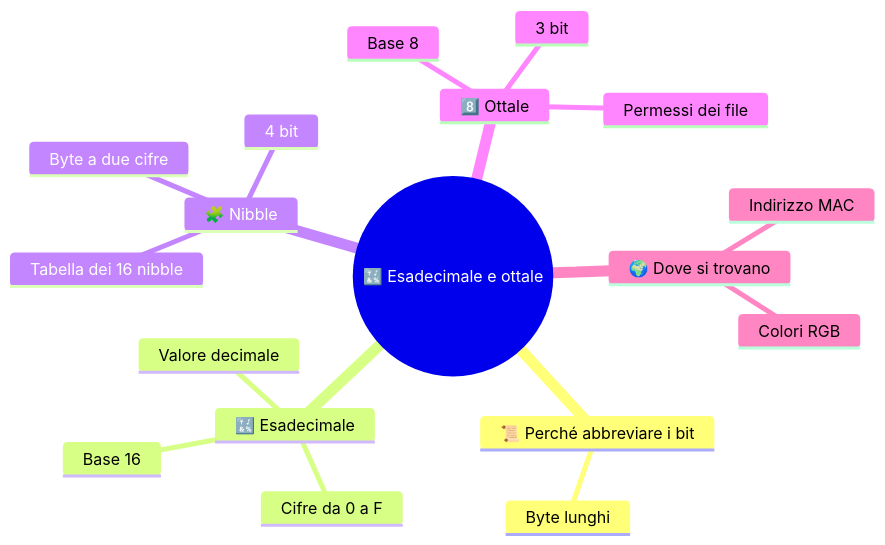
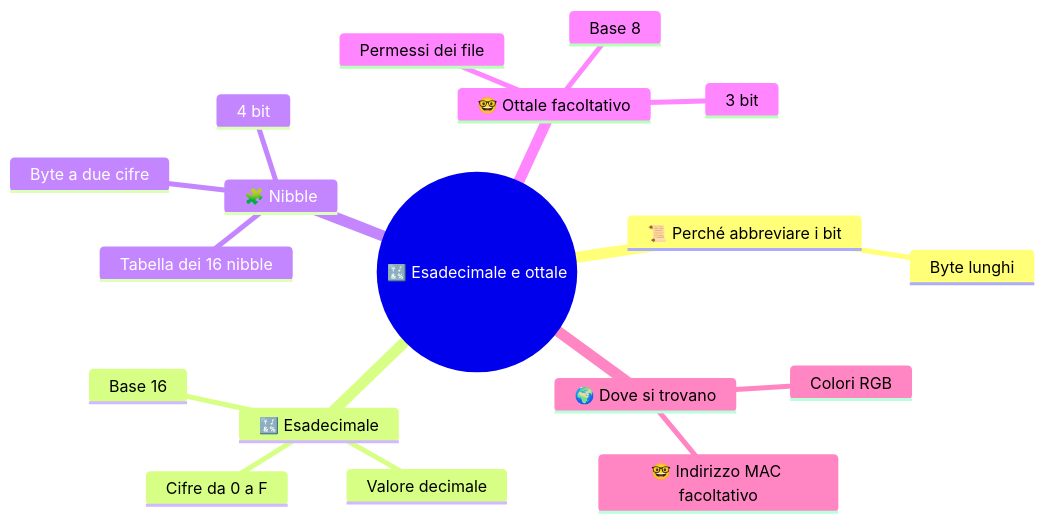
Before and after one commit to Neeqstock/dispense-caramuel: the diagram in 1CI - Informatica/1 SETT-OTT/(STU) 1CI sett-ott S5 - Esadecimale e ottale.md, drawn with Mermaid. The commit also changed other lines of this file and 72 other files, not shown here.

````diff
--- a/1CI - Informatica/1 SETT-OTT/(STU) 1CI sett-ott S5 - Esadecimale e ottale.md
+++ b/1CI - Informatica/1 SETT-OTT/(STU) 1CI sett-ott S5 - Esadecimale e ottale.md
@@ -10,25 +10,25 @@
 ```mermaid
 ---
 config:
   layout: tidy-tree
 ---
 mindmap
   root((🔣 Esadecimale e ottale))
     📜 Perché abbreviare i bit
       Byte lunghi
     🔣 Esadecimale
       Base 16
       Cifre da 0 a F
       Valore decimale
     🧩 Nibble
       4 bit
       Tabella dei 16 nibble
       Byte a due cifre
-    8️⃣ Ottale
+    🤓 Ottale facoltativo
       Base 8
       3 bit
       Permessi dei file
     🌍 Dove si trovano
       Colori RGB
-      Indirizzo MAC
+      🤓 Indirizzo MAC facoltativo
 ```
````
